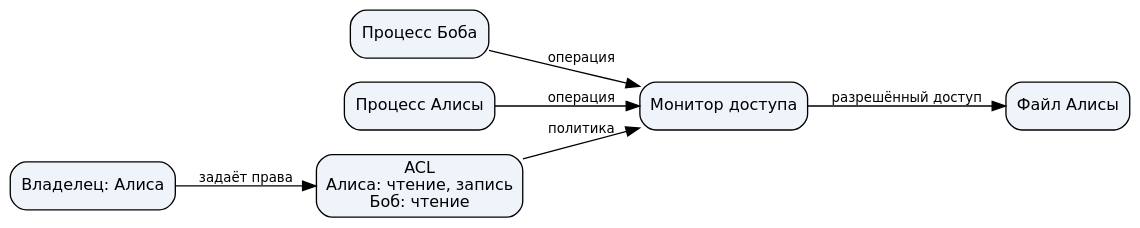
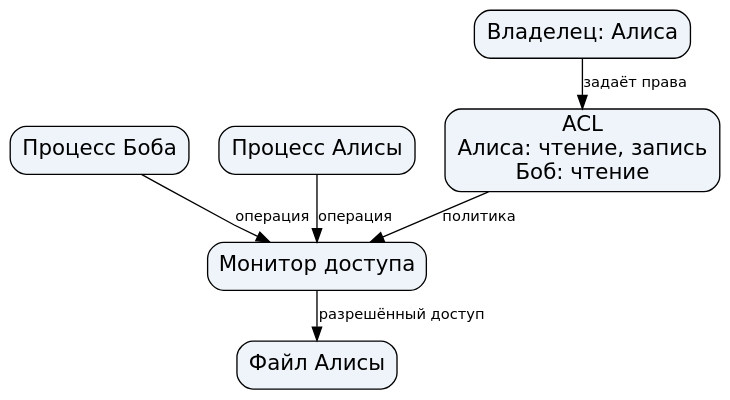
The diagram in shared/visualizations/access-control/dac/graphs/model.dot (BSU-RFCT-Afonenko-Courses/Cybersecurity), drawn with Graphviz before and after one commit. The commit also changed 25 other files, not shown here.

```diff
--- a/shared/visualizations/access-control/dac/graphs/model.dot
+++ b/shared/visualizations/access-control/dac/graphs/model.dot
@@ -1,16 +1,16 @@
 digraph G {
- graph [rankdir=LR, bgcolor="transparent", pad="0.2", splines=polyline];
- node [shape=box, style="rounded,filled", fillcolor="#eef4fa", fontname="DejaVu Sans", fontsize=12];
- edge [fontname="DejaVu Sans", fontsize=10];
+ graph [rankdir=TB, ranksep=0.35, nodesep=0.3, bgcolor="transparent", pad="0.2", splines=polyline];
+ node [shape=box, style="rounded,filled", fillcolor="#eef4fa", fontname="DejaVu Sans", fontsize=16];
+ edge [fontname="DejaVu Sans", fontsize=11];
  "subject-bob" [id="subject-bob", label="Процесс Боба"];
  "subject-alice" [id="subject-alice", label="Процесс Алисы"];
  "object" [id="object", label="Файл Алисы"];
  "monitor" [id="monitor", label="Монитор доступа"];
  "owner" [id="owner", label="Владелец: Алиса"];
  "acl" [id="acl", label="ACL\nАлиса: чтение, запись\nБоб: чтение"];
  "subject-bob" -> "monitor" [id="request-flow-bob", label="операция"];
  "subject-alice" -> "monitor" [id="request-flow-alice", label="операция"];
  "owner" -> "acl" [label="задаёт права"];
  "acl" -> "monitor" [id="policy-flow", label="политика"];
  "monitor" -> "object" [id="access-flow", label="разрешённый доступ"];
 }
```
